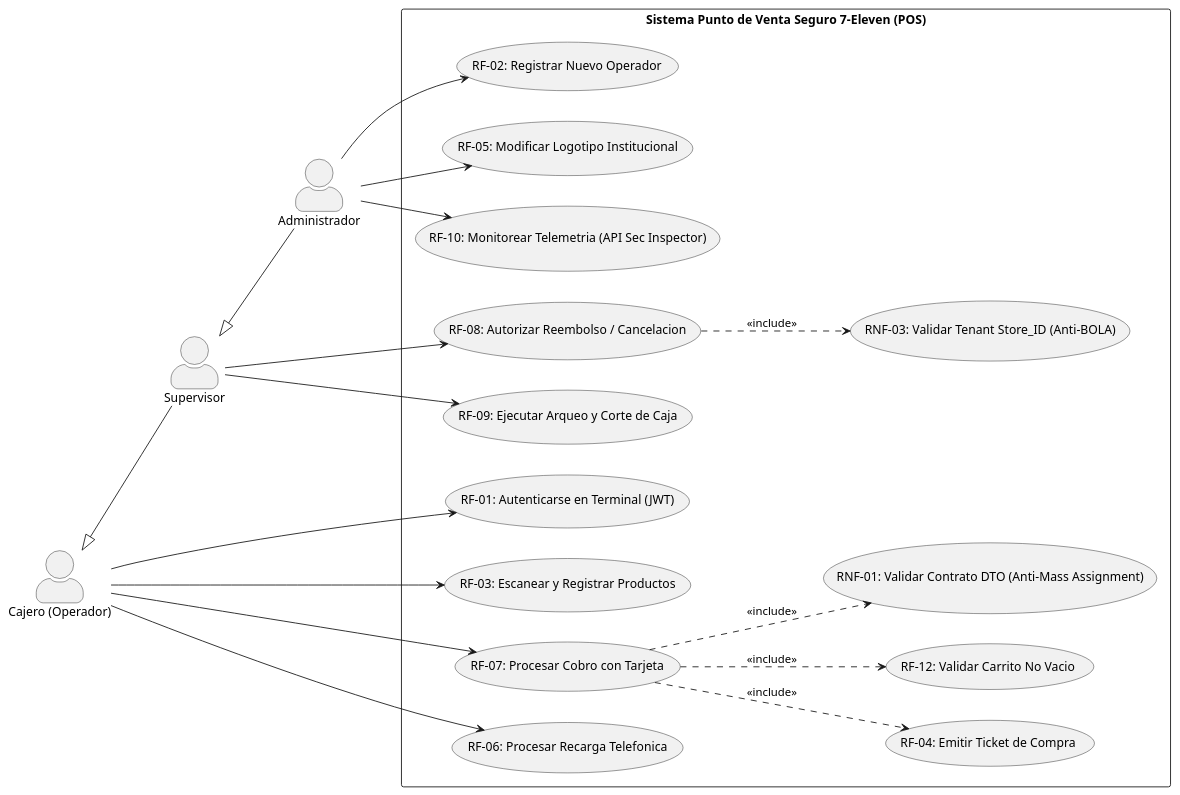
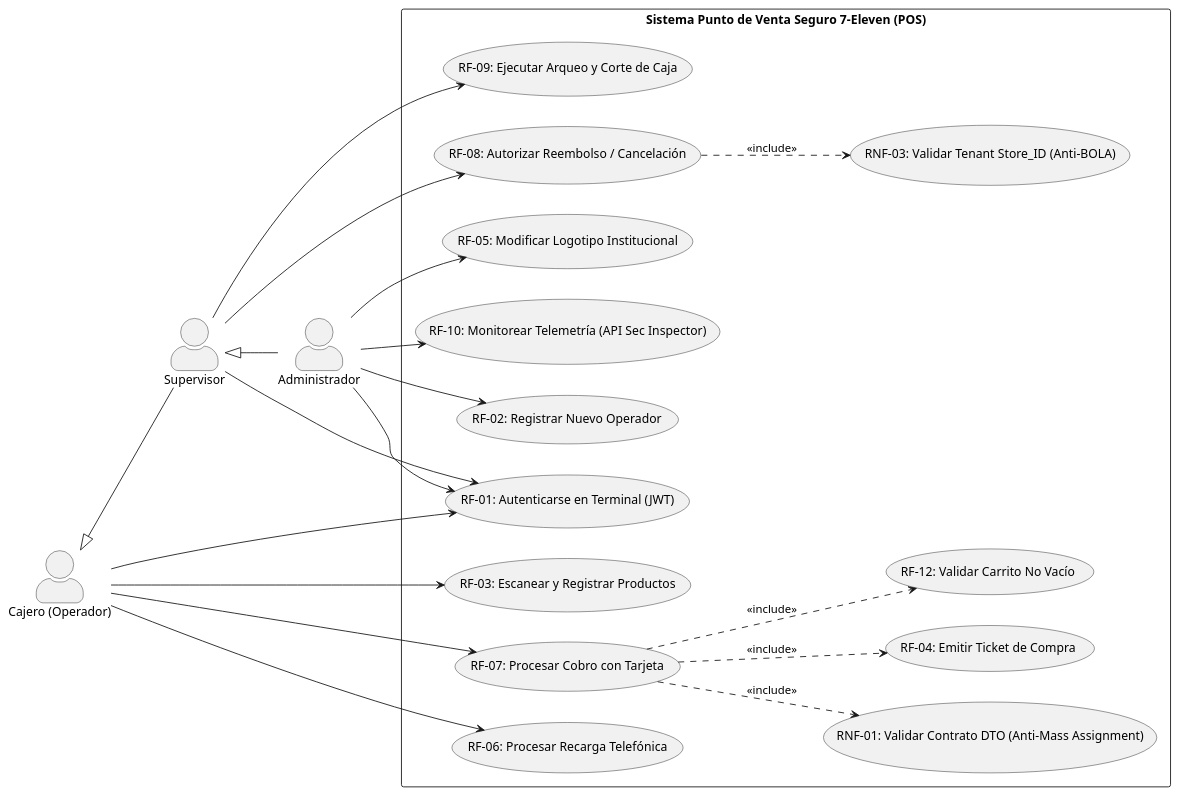
The diagram in retail-apisec-pos/docs/use_cases.puml (LuisManuelMendozaCruz/TC5029---A01797418), drawn with PlantUML before and after one commit. The commit also changed 22 other files, not shown here.

Commit message:
fix(docs): correcion UTF-8, enlace de roles a RF-01 en UML y cronograma semanal con Gantt

```diff
--- a/retail-apisec-pos/docs/use_cases.puml
+++ b/retail-apisec-pos/docs/use_cases.puml
@@ -1,46 +1,53 @@
 @startuml
 left to right direction
 skinparam packageStyle rectangle
 skinparam shadowing false
 skinparam actorStyle awesome
 
 actor "Cajero (Operador)" as Cashier
 actor "Supervisor" as Supervisor
 actor "Administrador" as Admin
 
 rectangle "Sistema Punto de Venta Seguro 7-Eleven (POS)" {
     usecase "RF-01: Autenticarse en Terminal (JWT)" as UC_Login
     usecase "RF-03: Escanear y Registrar Productos" as UC_Scan
     usecase "RF-07: Procesar Cobro con Tarjeta" as UC_PayCard
-    usecase "RF-06: Procesar Recarga Telefonica" as UC_Recharge
+    usecase "RF-06: Procesar Recarga Telefónica" as UC_Recharge
     usecase "RF-04: Emitir Ticket de Compra" as UC_Ticket
-    usecase "RF-12: Validar Carrito No Vacio" as UC_ValidateCart
-    usecase "RF-08: Autorizar Reembolso / Cancelacion" as UC_Refund
+    usecase "RF-12: Validar Carrito No Vacío" as UC_ValidateCart
+    usecase "RF-08: Autorizar Reembolso / Cancelación" as UC_Refund
     usecase "RF-09: Ejecutar Arqueo y Corte de Caja" as UC_CashAudit
     usecase "RF-02: Registrar Nuevo Operador" as UC_CreateUser
     usecase "RF-05: Modificar Logotipo Institucional" as UC_Logo
-    usecase "RF-10: Monitorear Telemetria (API Sec Inspector)" as UC_Telemetry
+    usecase "RF-10: Monitorear Telemetría (API Sec Inspector)" as UC_Telemetry
     usecase "RNF-01: Validar Contrato DTO (Anti-Mass Assignment)" as UC_DTO
     usecase "RNF-03: Validar Tenant Store_ID (Anti-BOLA)" as UC_Tenant
 }
 
 Cashier <|-- Supervisor
 Supervisor <|-- Admin
 
+' Todos los roles se autentican en la terminal mediante JWT (RF-01)
 Cashier --> UC_Login
+Supervisor --> UC_Login
+Admin --> UC_Login
+
+' Flujo operativo de caja
 Cashier --> UC_Scan
 Cashier --> UC_PayCard
 Cashier --> UC_Recharge
 
 UC_PayCard ..> UC_ValidateCart : <<include>>
 UC_PayCard ..> UC_Ticket : <<include>>
 UC_PayCard ..> UC_DTO : <<include>>
 
+' Flujo de supervisión
 Supervisor --> UC_Refund
 Supervisor --> UC_CashAudit
 UC_Refund ..> UC_Tenant : <<include>>
 
+' Flujo de administración y seguridad
 Admin --> UC_CreateUser
 Admin --> UC_Logo
 Admin --> UC_Telemetry
 @enduml
```
